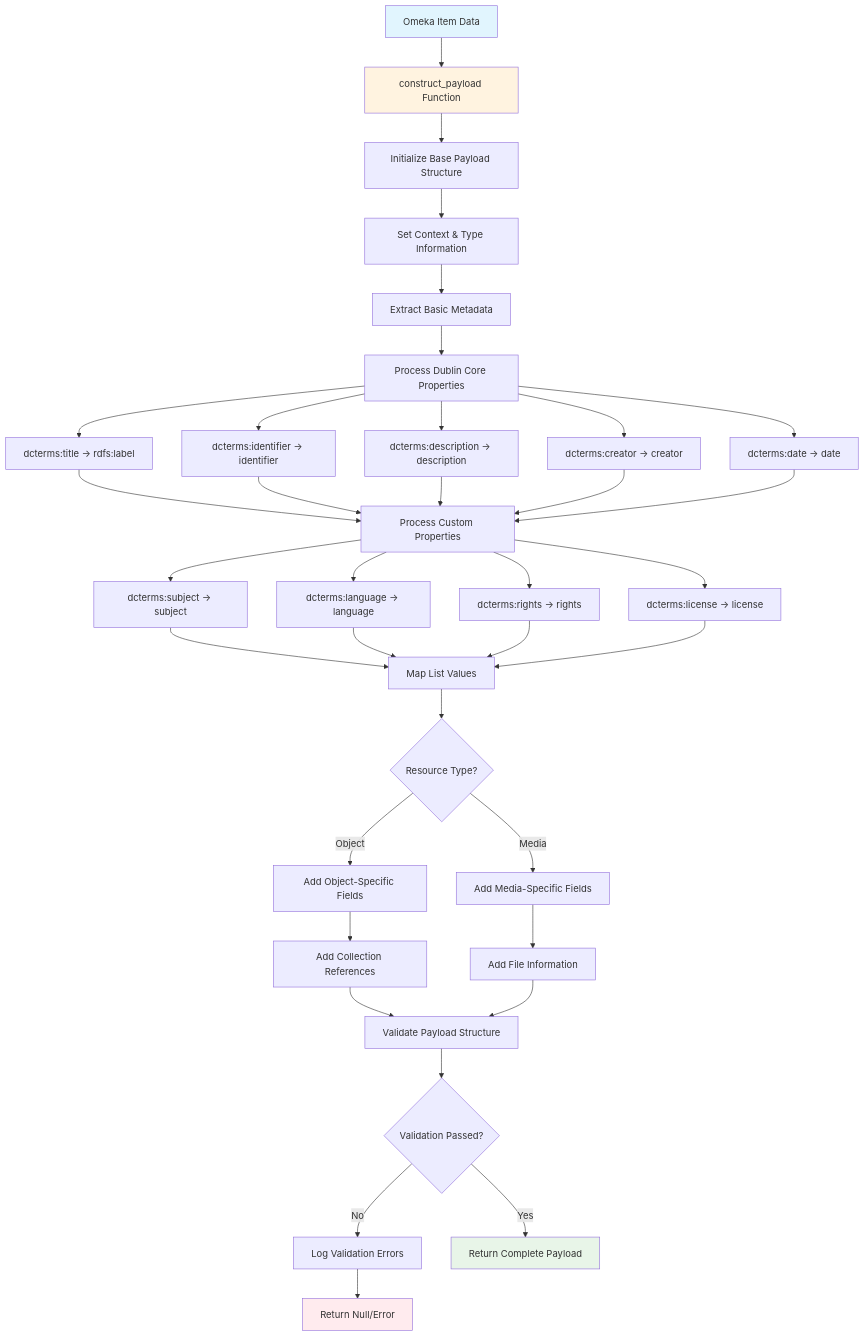
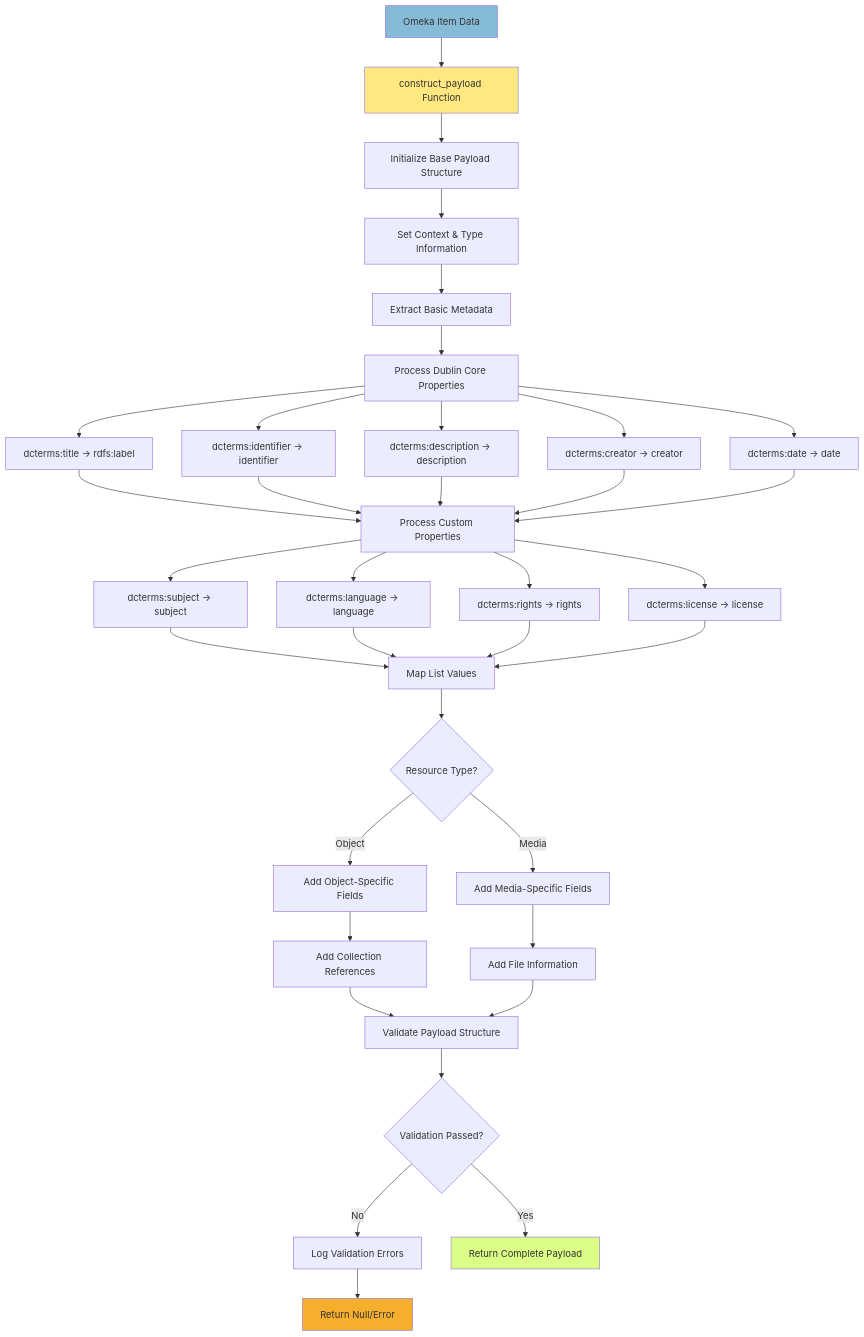
Before and after one commit to Stadt-Geschichte-Basel/omeka2dsp: the sixth of 16 diagrams in docs/workflows/index.qmd, drawn with Mermaid. The commit also changed other lines of this file and 22 other files, not shown here.

````diff
--- a/docs/workflows/index.qmd
+++ b/docs/workflows/index.qmd
@@ -216,52 +216,52 @@
 ```{mermaid}
 flowchart TD
     A[Omeka Item Data] --> B[construct_payload Function]
     B --> C[Initialize Base Payload Structure]
     
     C --> D[Set Context & Type Information]
     D --> E[Extract Basic Metadata]
     
     E --> F[Process Dublin Core Properties]
     F --> F1[dcterms:title → rdfs:label]
     F --> F2[dcterms:identifier → identifier]
     F --> F3[dcterms:description → description]
     F --> F4[dcterms:creator → creator]
     F --> F5[dcterms:date → date]
     
     F1 --> G[Process Custom Properties]
     F2 --> G
     F3 --> G
     F4 --> G
     F5 --> G
     
     G --> G1[dcterms:subject → subject]
     G --> G2[dcterms:language → language]
     G --> G3[dcterms:rights → rights]
     G --> G4[dcterms:license → license]
     
     G1 --> H[Map List Values]
     G2 --> H
     G3 --> H
     G4 --> H
     
     H --> I{Resource Type?}
     I -->|Object| J[Add Object-Specific Fields]
     I -->|Media| K[Add Media-Specific Fields]
     
     J --> L[Add Collection References]
     K --> M[Add File Information]
     
     L --> N[Validate Payload Structure]
     M --> N
     
     N --> O{Validation Passed?}
     O -->|No| P[Log Validation Errors]
     O -->|Yes| Q[Return Complete Payload]
     
     P --> R[Return Null/Error]
     
-    style A fill:#e1f5fe
-    style Q fill:#e8f5e8
-    style R fill:#ffebee
-    style B fill:#fff3e0
+    style A fill:#86bbd8
+    style Q fill:#dbfe87
+    style R fill:#f6ae2d
+    style B fill:#ffe880
 ```
````
